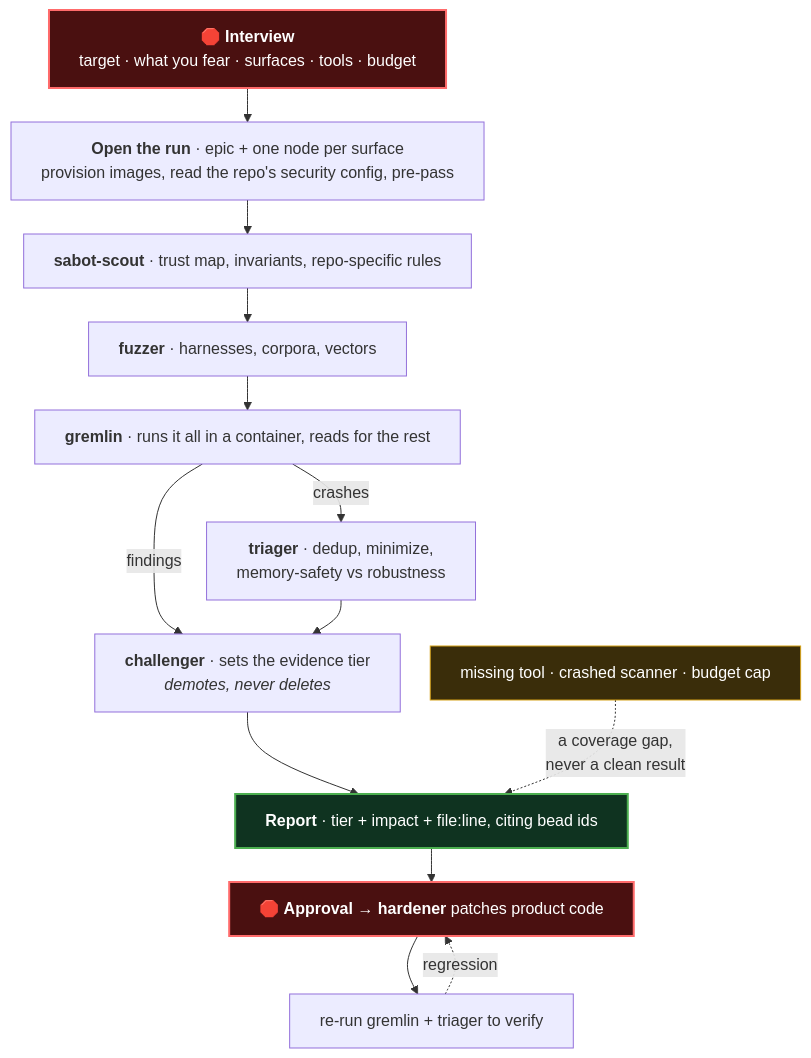
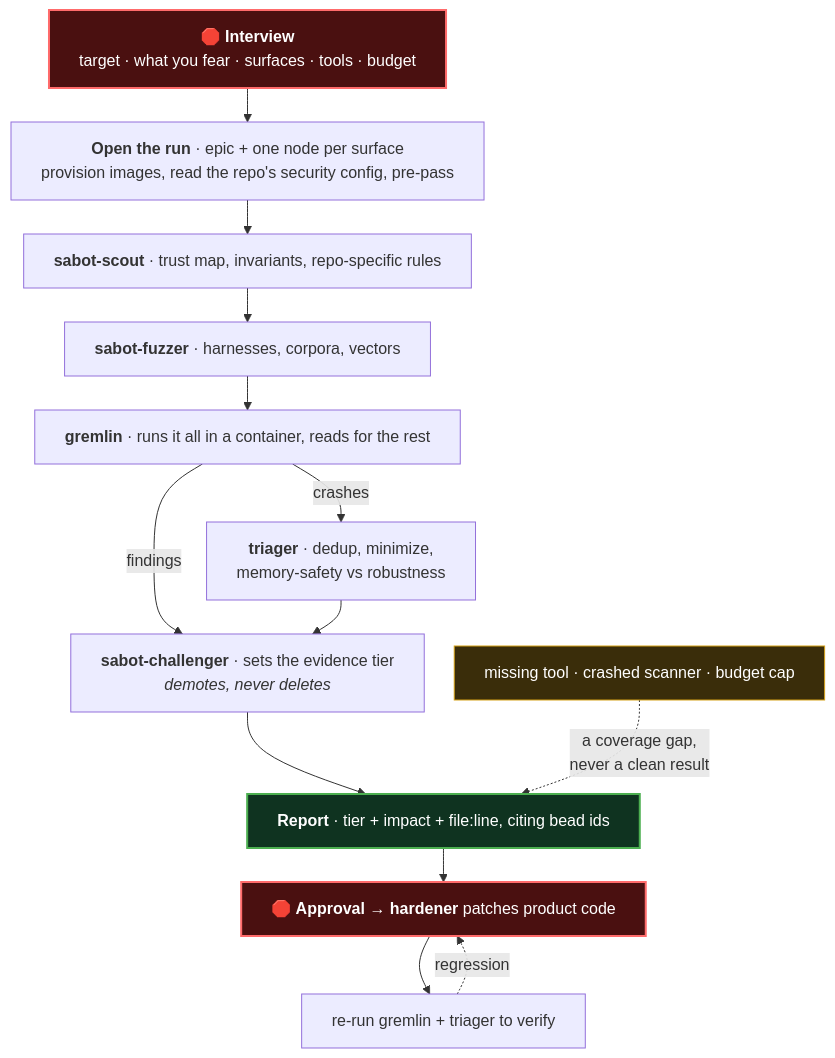
Before and after one commit to srobroek/sabot: the diagram in README.md, drawn with Mermaid. The commit also changed other lines of this file and 98 other files, not shown here.

````diff
--- a/README.md
+++ b/README.md
@@ -127,26 +127,26 @@
 ```mermaid
 %%{init: {"flowchart": {"wrappingWidth": 460, "nodeSpacing": 30, "rankSpacing": 34}}}%%
 flowchart TB
     Q["🛑 <b>Interview</b><br/>target · what you fear · surfaces · tools · budget"]
     Q --> OPEN["<b>Open the run</b> · epic + one node per surface<br/>provision images, read the repo's security config, pre-pass"]
 
     OPEN --> SCOUT["<b>sabot-scout</b> · trust map, invariants, repo-specific rules"]
-    SCOUT --> FUZZER["<b>fuzzer</b> · harnesses, corpora, vectors"]
+    SCOUT --> FUZZER["<b>sabot-fuzzer</b> · harnesses, corpora, vectors"]
     FUZZER --> GREMLIN["<b>gremlin</b> · runs it all in a container, reads for the rest"]
 
     GREMLIN -->|crashes| TRIAGER["<b>triager</b> · dedup, minimize,<br/>memory-safety vs robustness"]
     GREMLIN -->|findings| CHAL
-    TRIAGER --> CHAL["<b>challenger</b> · sets the evidence tier<br/><i>demotes, never deletes</i>"]
+    TRIAGER --> CHAL["<b>sabot-challenger</b> · sets the evidence tier<br/><i>demotes, never deletes</i>"]
 
     CHAL --> REPORT["<b>Report</b> · tier + impact + file:line, citing bead ids"]
     SKIP["missing tool · crashed scanner · budget cap"] -.->|"a coverage gap,<br/>never a clean result"| REPORT
 
     REPORT --> HARD["🛑 <b>Approval</b> → <b>hardener</b> patches product code"]
     HARD --> REVERIFY["re-run gremlin + triager to verify"]
     REVERIFY -.->|regression| HARD
 
     style Q fill:#4a1010,stroke:#ff6b6b,stroke-width:2px,color:#fff
     style HARD fill:#4a1010,stroke:#ff6b6b,stroke-width:2px,color:#fff
     style SKIP fill:#3a2d0a,stroke:#d4a017,color:#fff
     style REPORT fill:#0f3320,stroke:#4caf50,stroke-width:2px,color:#fff
 ```
````
